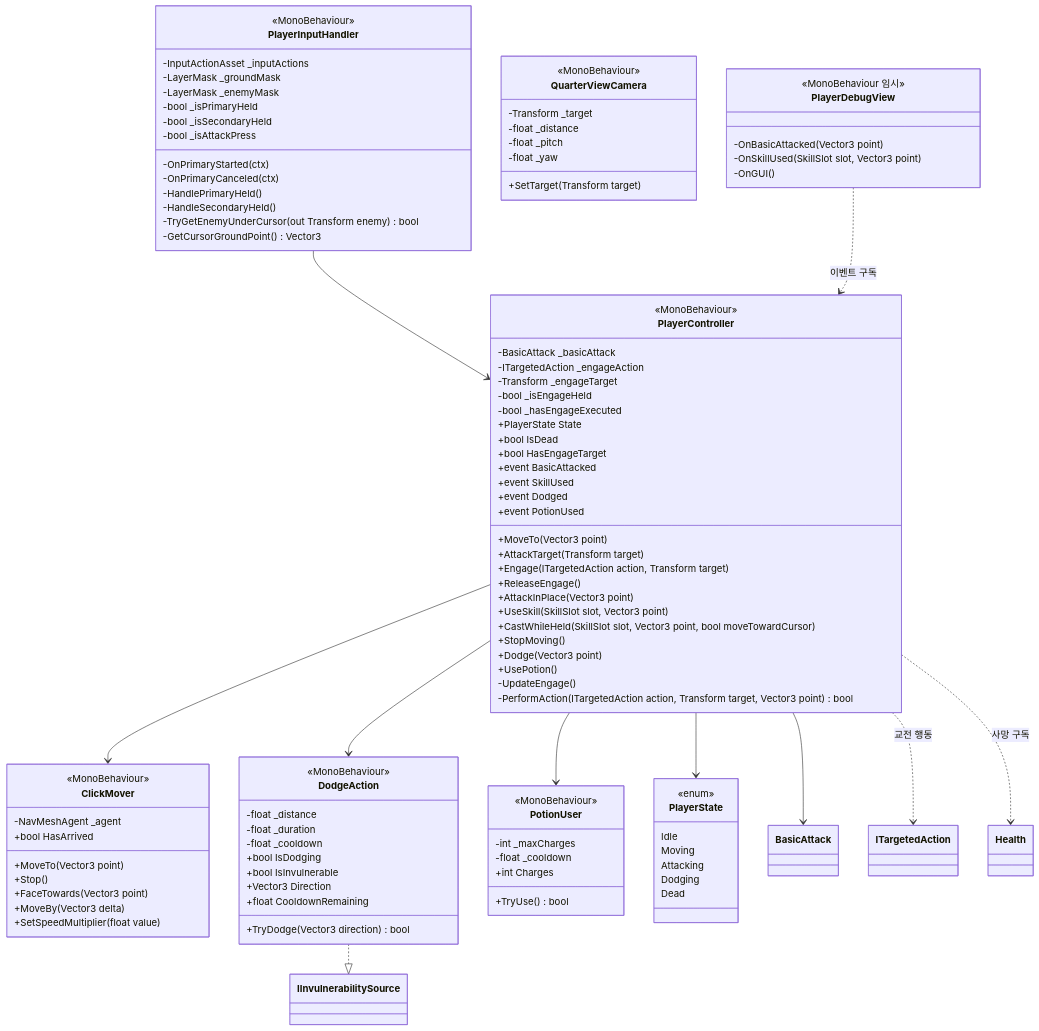
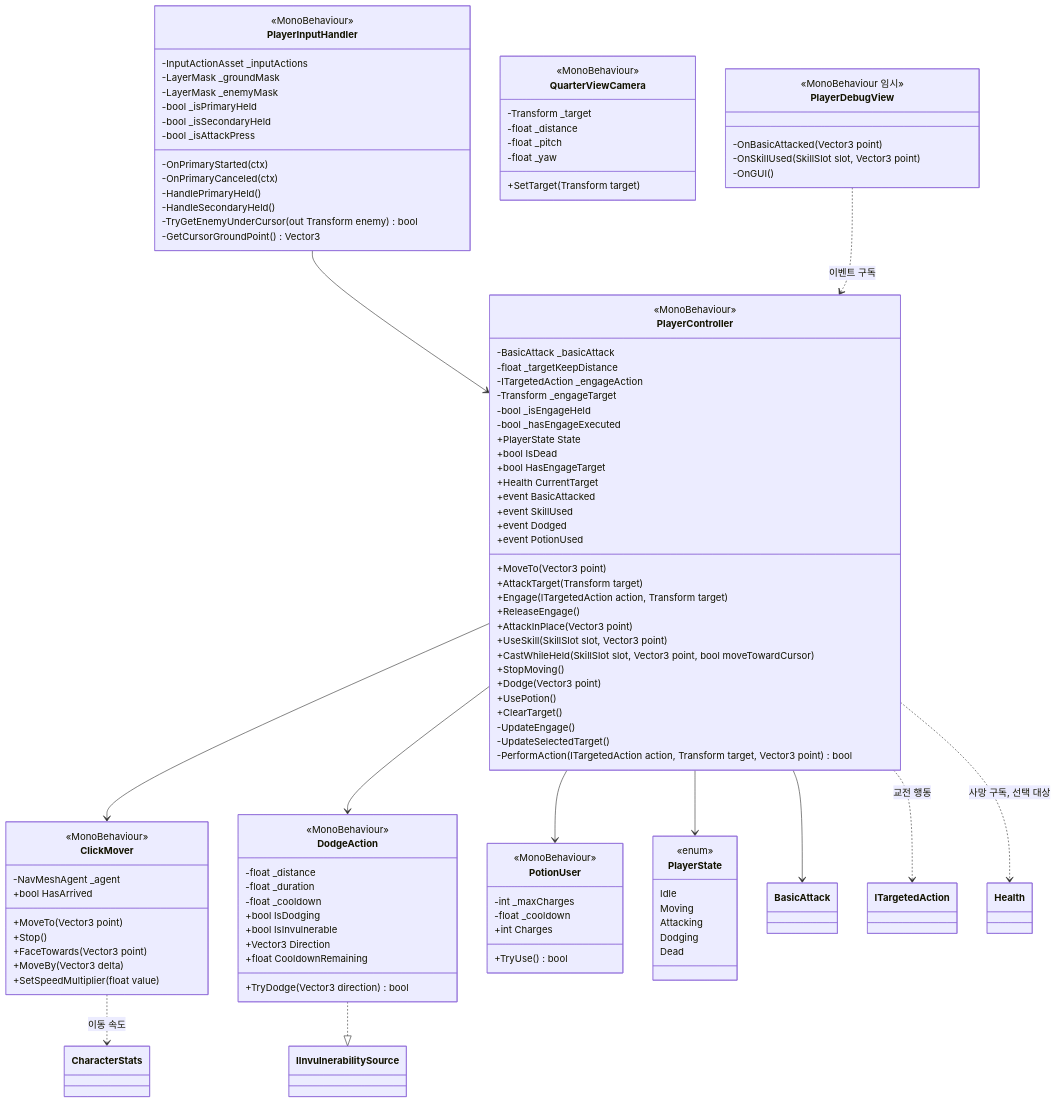
The third of 17 diagrams in Docs/ClassDiagram.md (lwy0810/BROKEN-SOVEREIGN), drawn with Mermaid before and after one commit. The commit also changed other lines of this file and 2 other files, not shown here.

````diff
--- a/Docs/ClassDiagram.md
+++ b/Docs/ClassDiagram.md
@@ -155,6 +172,7 @@
     class PlayerController {
         <<MonoBehaviour>>
         -BasicAttack _basicAttack
+        -float _targetKeepDistance
         -ITargetedAction _engageAction
         -Transform _engageTarget
         -bool _isEngageHeld
@@ -162,6 +180,7 @@
         +PlayerState State
         +bool IsDead
         +bool HasEngageTarget
+        +Health CurrentTarget
         +MoveTo(Vector3 point)
         +AttackTarget(Transform target)
         +Engage(ITargetedAction action, Transform target)
@@ -172,7 +191,9 @@
         +StopMoving()
         +Dodge(Vector3 point)
         +UsePotion()
+        +ClearTarget()
         -UpdateEngage()
+        -UpdateSelectedTarget()
         -PerformAction(ITargetedAction action, Transform target, Vector3 point) bool
         +event BasicAttacked
         +event SkillUsed
@@ -236,7 +257,8 @@
     PlayerController --> PlayerState
     PlayerController --> BasicAttack
     PlayerController ..> ITargetedAction : 교전 행동
-    PlayerController ..> Health : 사망 구독
+    PlayerController ..> Health : 사망 구독, 선택 대상
+    ClickMover ..> CharacterStats : 이동 속도
     DodgeAction ..|> IInvulnerabilitySource
     PlayerDebugView ..> PlayerController : 이벤트 구독
 ```
````
